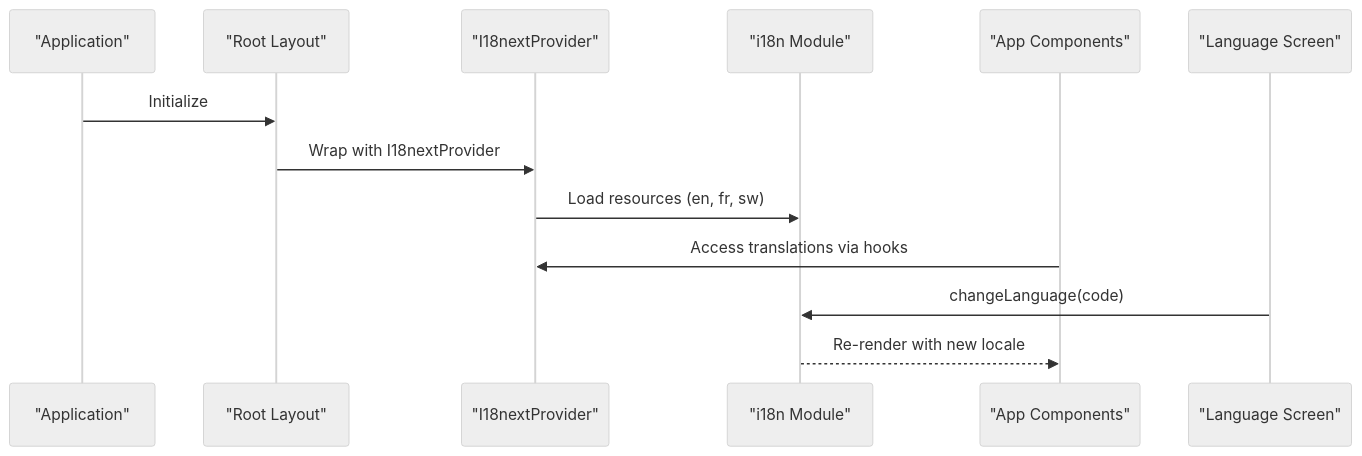
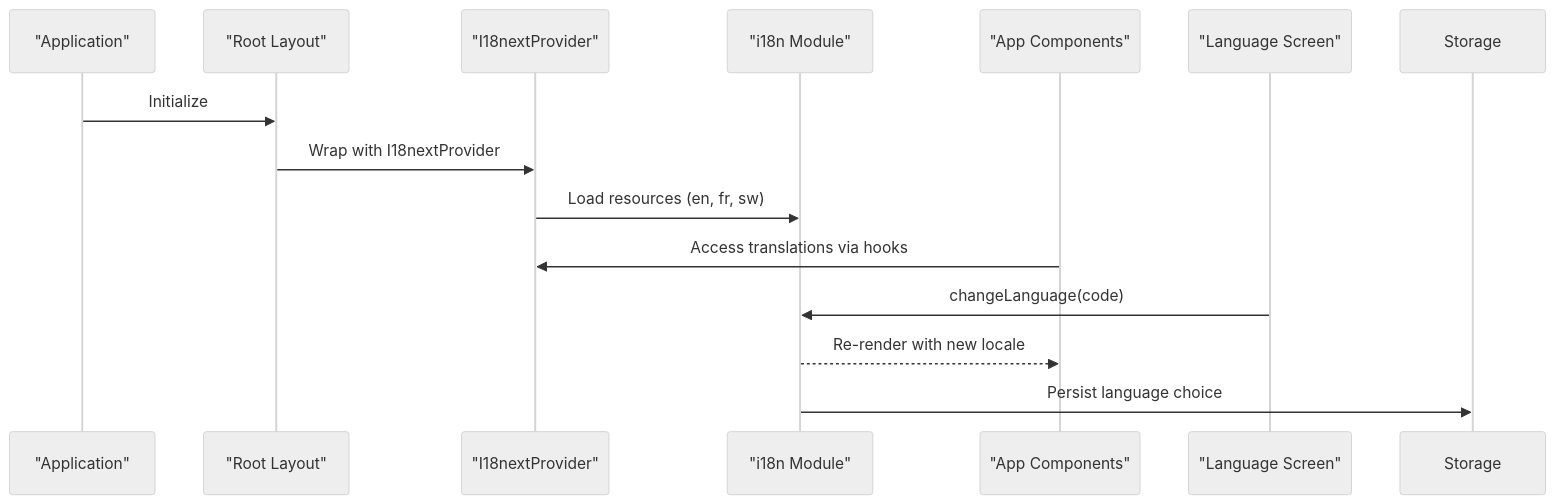
The second of 3 diagrams in .qoder/repowiki/en/content/Internationalization.md (AdeelTahir-SE/DermSight), drawn with Mermaid (neutral theme) before and after one commit. The commit also changed other lines of this file and 29 other files, not shown here.

````diff
--- a/.qoder/repowiki/en/content/Internationalization.md
+++ b/.qoder/repowiki/en/content/Internationalization.md
@@ -86,15 +93,16 @@
 ```mermaid
 sequenceDiagram
 participant App as "Application"
 participant Root as "Root Layout"
 participant Provider as "I18nextProvider"
 participant I18n as "i18n Module"
 participant Components as "App Components"
 participant LangUI as "Language Screen"
 App->>Root : Initialize
 Root->>Provider : Wrap with I18nextProvider
 Provider->>I18n : Load resources (en, fr, sw)
 Components->>Provider : Access translations via hooks
 LangUI->>I18n : changeLanguage(code)
 I18n-->>Components : Re-render with new locale
+I18n->>Storage : Persist language choice
 ```
````
